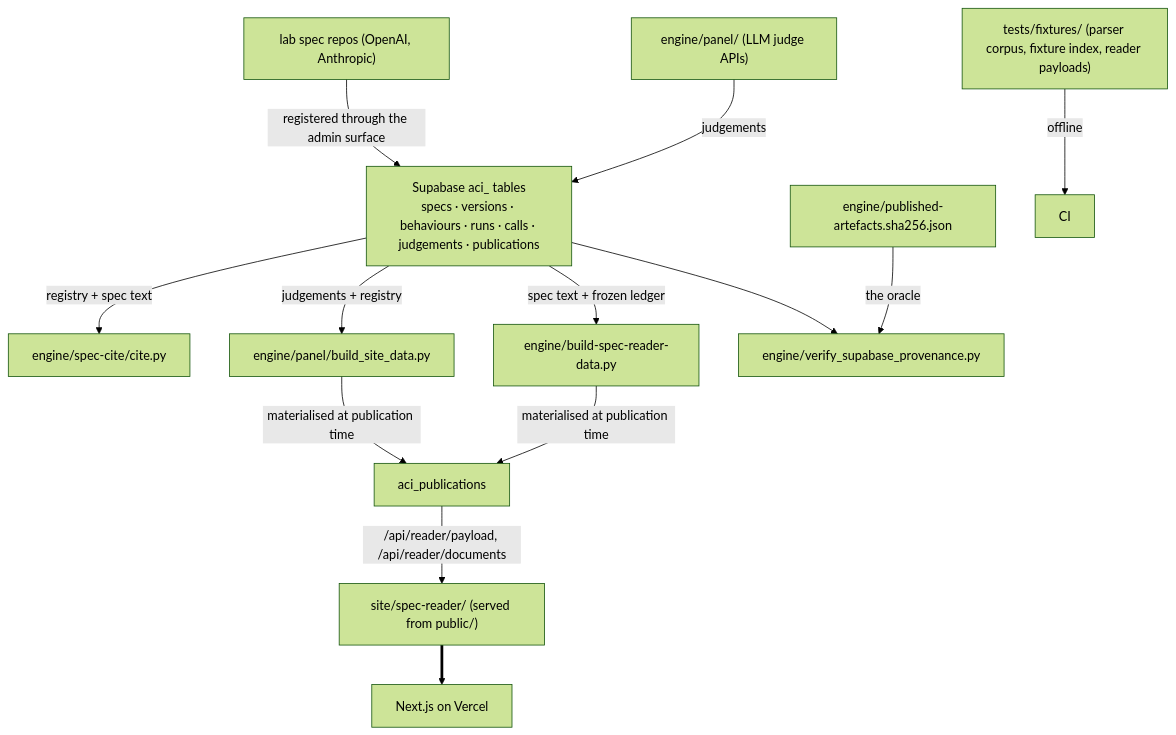
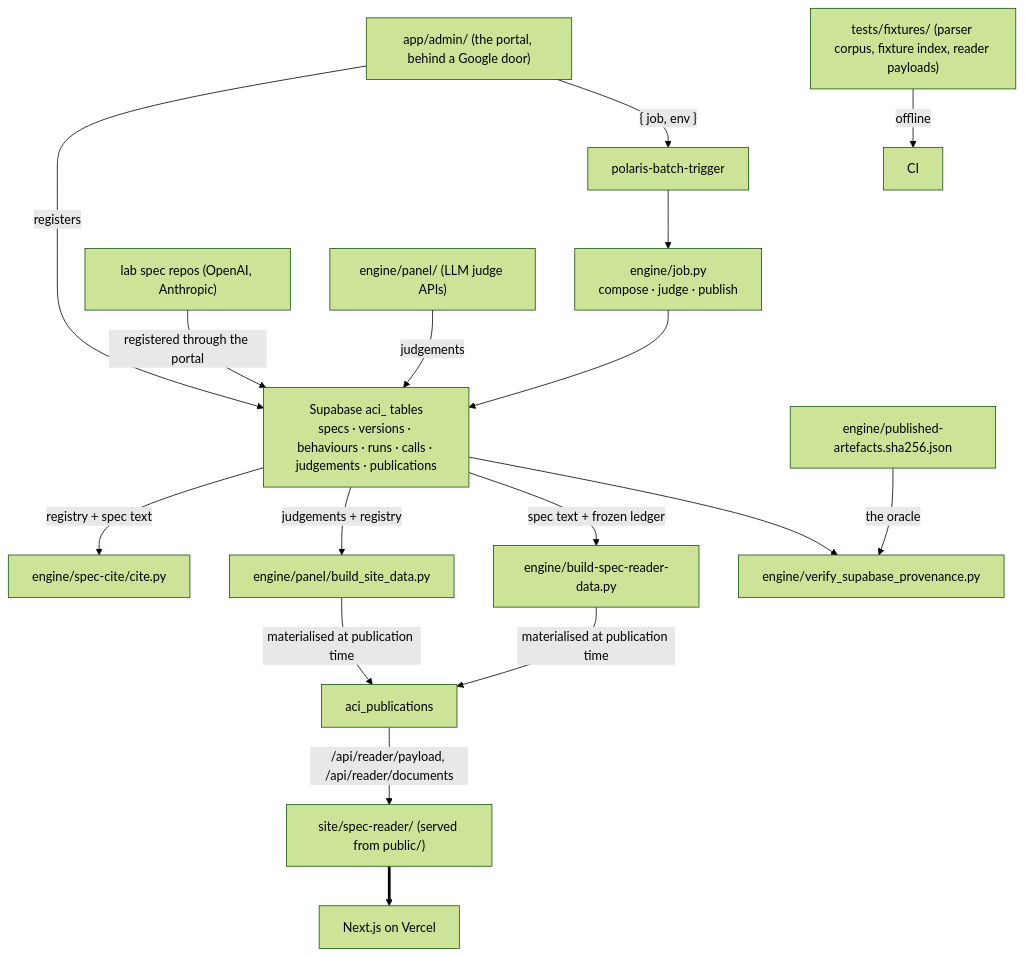
One commit to polariscollective/ai-character-index changed the diagram in SYSTEM.md. Above: the diagram before and after it, drawn with Mermaid (forest theme). The commit also changed other lines of this file and 33 other files, not shown here.

First line of the commit message:
feat: the admin portal

````diff
--- a/SYSTEM.md
+++ b/SYSTEM.md
@@ -17,15 +17,18 @@
 ```mermaid
 graph TB
-  labs["lab spec repos (OpenAI, Anthropic)"] -->|"registered through the admin surface"| sb
+  admin["app/admin/ (the portal, behind a Google door)"] -->|"registers"| sb
+  admin -->|"{ job, env }"| trig["polaris-batch-trigger"] --> job["engine/job.py<br/>compose · judge · publish"]
+  job --> sb
+  labs["lab spec repos (OpenAI, Anthropic)"] -->|"registered through the portal"| sb
   sb["Supabase aci_ tables<br/>specs · versions · behaviours · runs · calls · judgements · publications"]
   panel["engine/panel/ (LLM judge APIs)"] -->|"judgements"| sb
   sb -->|"registry + spec text"| cite["engine/spec-cite/cite.py"]
   sb -->|"judgements + registry"| bsd["engine/panel/build_site_data.py"]
   sb -->|"spec text + frozen ledger"| bsr["engine/build-spec-reader-data.py"]
   bsd & bsr -->|"materialised at publication time"| pub["aci_publications"]
   pub -->|"/api/reader/payload, /api/reader/documents"| reader["site/spec-reader/ (served from public/)"]
   reader ==> vc["Next.js on Vercel"]
   rec["engine/published-artefacts.sha256.json"] -->|"the oracle"| ver["engine/verify_supabase_provenance.py"]
   sb --> ver
   fix["tests/fixtures/ (parser corpus, fixture index, reader payloads)"] -->|"offline"| ci["CI"]
 ```
````
